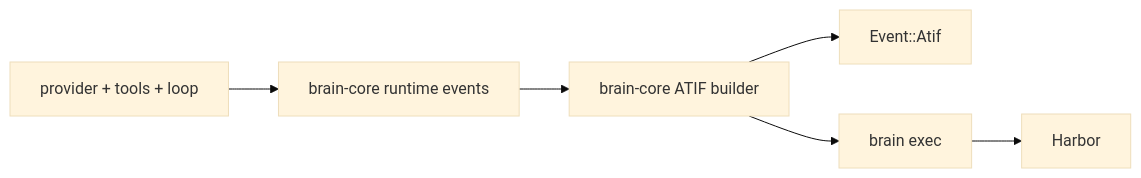
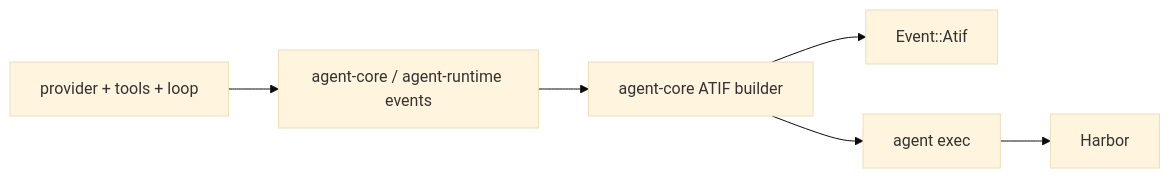
One commit to leto-labs/leto changed the diagram in docs/architecture/atif.md. Above: the diagram before and after it, drawn with Mermaid (base theme). The commit also changed other lines of this file and 160 other files, not shown here.

````diff
--- a/docs/architecture/atif.md
+++ b/docs/architecture/atif.md
@@ -17,15 +17,15 @@
 ```mermaid
 flowchart LR
     Loop[provider + tools + loop]
-    Runtime[brain-core runtime events]
-    Builder[brain-core ATIF builder]
+    Runtime[agent-core / agent-runtime events]
+    Builder[agent-core ATIF builder]
     EventAtif[Event::Atif]
-    Exec[brain exec]
+    Exec[agent exec]
     Harbor[Harbor]
 
     Loop --> Runtime
     Runtime --> Builder
     Builder --> EventAtif
     Builder --> Exec
     Exec --> Harbor
 ```
````
